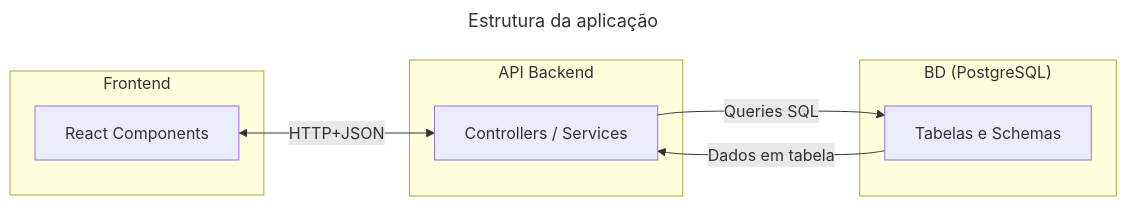
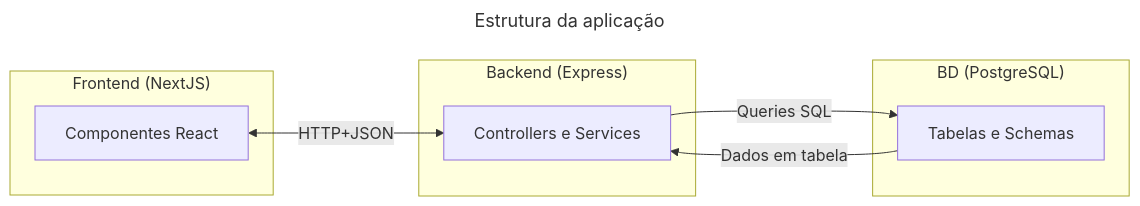
Before and after one commit to Jp9910/Plataforma-de-Gest-o-para-Grupos-de-Networking: the first of 2 diagrams in ARQUITETURA.md, drawn with Mermaid. The commit also changed other lines of this file and 2 other files, not shown here.

````diff
--- a/ARQUITETURA.md
+++ b/ARQUITETURA.md
@@ -23,22 +23,22 @@
 ```mermaid
 ---
 title: Estrutura da aplicação
 ---
 
 flowchart LR
-    subgraph Frontend ["Frontend"]
-      FE["React Components"]
+    subgraph Frontend ["Frontend (NextJS)"]
+      FE["Componentes React"]
     end
 
-    subgraph Backend ["API Backend"]
-      API["Controllers / Services"]
+    subgraph Backend ["Backend (Express)"]
+      API["Controllers e Services"]
     end
 
     subgraph Database ["BD (PostgreSQL)"]
       DB["Tabelas e Schemas"]
     end
 
     FE <-->|HTTP+JSON| API
     API -->|Queries SQL| DB
     DB -->|Dados em tabela| API
 ```
````
